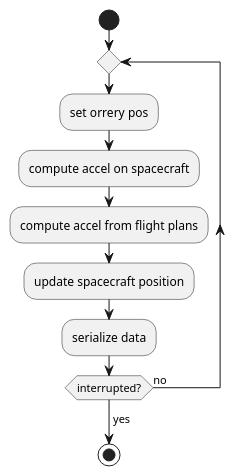
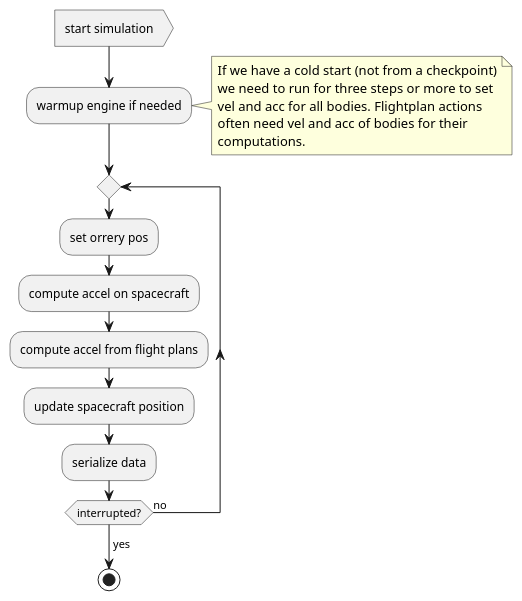
Before and after one commit to kghose/groho: the second of 3 diagrams in docs/uml/flowcharts.puml, drawn with PlantUML. The commit also changed 2 other files, not shown here.

Commit message:
Expand UML docs

```diff
--- a/docs/uml/flowcharts.puml
+++ b/docs/uml/flowcharts.puml
@@ -25,17 +25,25 @@
 @startuml simulatorloop
 
-start
+:start simulation>
+:warmup engine if needed;
+note right
+  If we have a cold start (not from a checkpoint)
+  we need to run for three steps or more to set
+  vel and acc for all bodies. Flightplan actions 
+  often need vel and acc of bodies for their
+  computations. 
+end note
 
 repeat 
 
 :set orrery pos;
 :compute accel on spacecraft;
 :compute accel from flight plans;
 :update spacecraft position;
 :serialize data;
 
 repeat while (interrupted?) is (no)
 ->yes;
 stop
 
 @enduml
```
